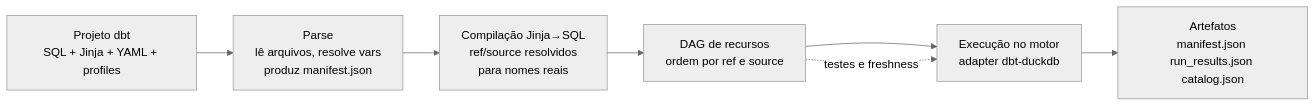
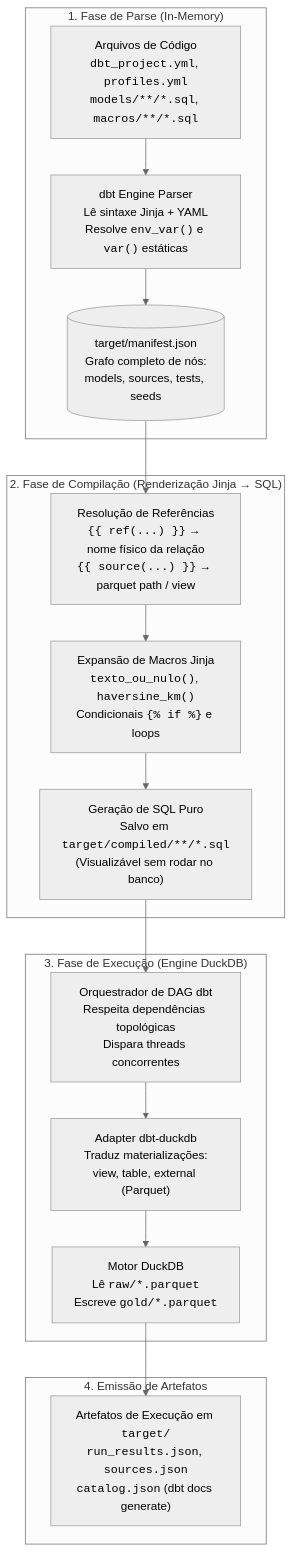
The first of 2 diagrams in docs/guia-dbt/01-fundamentos.md (llrt/dbt-pipeline-rfb-v2), drawn with Mermaid (neutral theme) before and after one commit. The commit also changed other lines of this file, not shown here.

Commit message:
docs(guia): enrich dbt fundamentals with project DAG and pitfalls

````diff
--- a/docs/guia-dbt/01-fundamentos.md
+++ b/docs/guia-dbt/01-fundamentos.md
@@ -70,9 +73,28 @@
 ```mermaid
-flowchart LR
-    A["Projeto dbt<br/>SQL + Jinja + YAML + profiles"] --> B["Parse<br/>lê arquivos, resolve vars<br/>produz manifest.json"]
-    B --> C["Compilação Jinja→SQL<br/>ref/source resolvidos<br/>para nomes reais"]
-    C --> D["DAG de recursos<br/>ordem por ref e source"]
-    D --> E["Execução no motor<br/>adapter dbt-duckdb"]
-    E --> F["Artefatos<br/>manifest.json run_results.json catalog.json"]
-    D -. testes e freshness .-> E
+flowchart TD
+    subgraph FASE_PARSE["1. Fase de Parse (In-Memory)"]
+        A["Arquivos de Código<br/><code>dbt_project.yml</code>, <code>profiles.yml</code><br/><code>models/**/*.sql</code>, <code>macros/**/*.sql</code>"]
+        B["dbt Engine Parser<br/>Lê sintaxe Jinja + YAML<br/>Resolve <code>env_var()</code> e <code>var()</code> estáticas"]
+        C[("target/manifest.json<br/>Grafo completo de nós:<br/>models, sources, tests, seeds")]
+        A --> B --> C
+    end
+
+    subgraph FASE_COMPILE["2. Fase de Compilação (Renderização Jinja → SQL)"]
+        D["Resolução de Referências<br/><code>{{ ref(...) }}</code> → nome físico da relação<br/><code>{{ source(...) }}</code> → parquet path / view"]
+        E["Expansão de Macros Jinja<br/><code>texto_ou_nulo()</code>, <code>haversine_km()</code><br/>Condicionais <code>{% if %}</code> e loops"]
+        F["Geração de SQL Puro<br/>Salvo em <code>target/compiled/**/*.sql</code><br/>(Visualizável sem rodar no banco)"]
+        C --> D --> E --> F
+    end
+
+    subgraph FASE_EXECUTE["3. Fase de Execução (Engine DuckDB)"]
+        G["Orquestrador de DAG dbt<br/>Respeita dependências topológicas<br/>Dispara threads concorrentes"]
+        H["Adapter dbt-duckdb<br/>Traduz materializações:<br/>view, table, external (Parquet)"]
+        I["Motor DuckDB<br/>Lê <code>raw/*.parquet</code><br/>Escreve <code>gold/*.parquet</code>"]
+        F --> G --> H --> I
+    end
+
+    subgraph FASE_ARTEFATOS["4. Emissão de Artefatos"]
+        J["Artefatos de Execução em <code>target/</code><br/><code>run_results.json</code>, <code>sources.json</code><br/><code>catalog.json</code> (dbt docs generate)"]
+        I --> J
+    end
 ```
````
